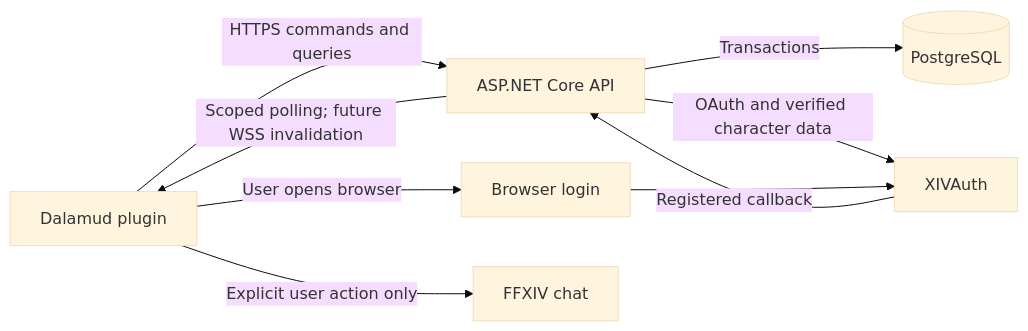
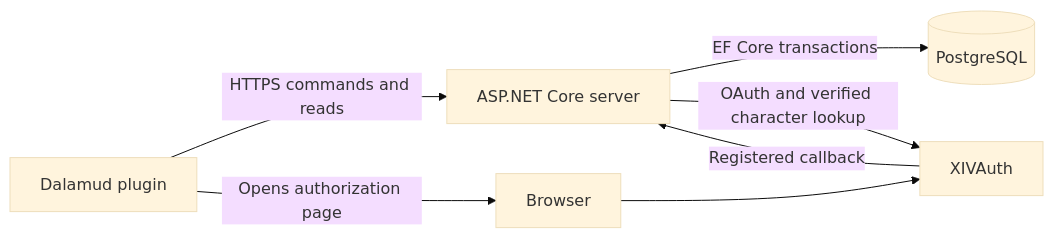
The diagram in docs/engineering/architecture.md (Runmih/AmorRP), drawn with Mermaid (base theme) before and after one commit. The commit also changed other lines of this file and 11 other files, not shown here.

Commit message:
Document current architecture and prepare maintenance release 0.0.6.21

````diff
--- a/docs/engineering/architecture.md
+++ b/docs/engineering/architecture.md
@@ -9,11 +15,9 @@
 ```mermaid
 flowchart LR
-    P[Dalamud plugin] -->|HTTPS commands and queries| S[ASP.NET Core API]
-    S -->|Transactions| D[(PostgreSQL)]
-    S -->|OAuth and verified character data| X[XIVAuth]
-    P -->|User opens browser| B[Browser login]
+    P[Dalamud plugin] -->|HTTPS commands and reads| S[ASP.NET Core server]
+    S -->|EF Core transactions| D[(PostgreSQL)]
+    S -->|OAuth and verified character lookup| X[XIVAuth]
+    P -->|Opens authorization page| B[Browser]
     B --> X
     X -->|Registered callback| S
-    S -->|Scoped polling; future WSS invalidation| P
-    P -->|Explicit user action only| C[FFXIV chat]
 ```
````
